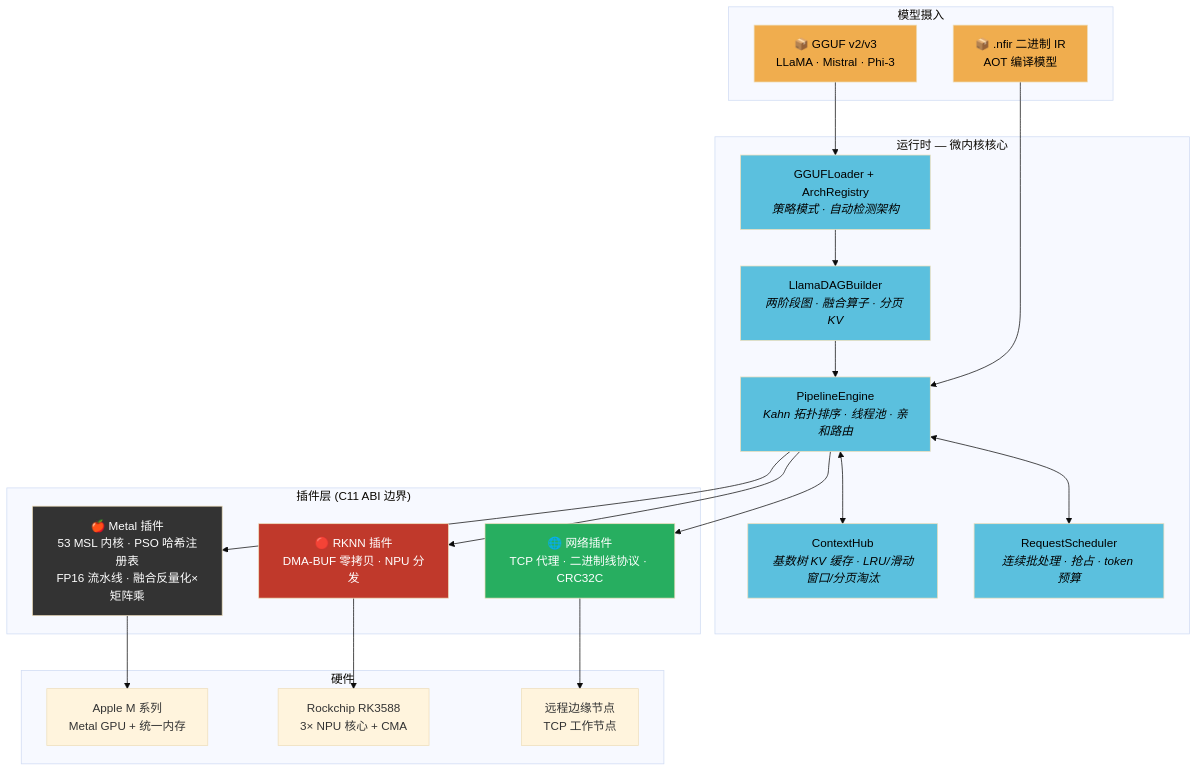
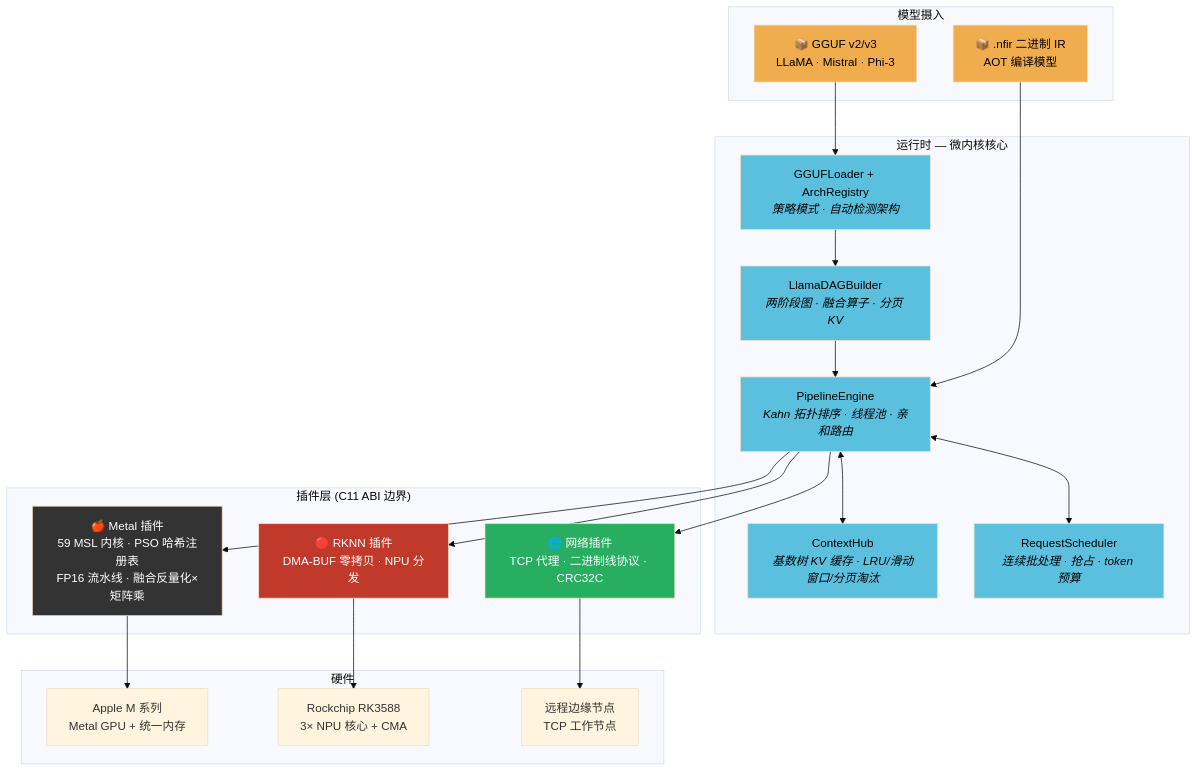
The diagram in README_CN.md (teslavia/neurofabric), drawn with Mermaid (base theme) before and after one commit. The commit also changed other lines of this file and 184 other files, not shown here.

````diff
--- a/README_CN.md
+++ b/README_CN.md
@@ -89,50 +100,50 @@
 ```mermaid
 graph TB
     subgraph "模型摄入"
         GGUF["📦 GGUF v2/v3<br/>LLaMA · Mistral · Phi-3"]
         NFIR["📦 .nfir 二进制 IR<br/>AOT 编译模型"]
     end
 
     subgraph "运行时 — 微内核核心"
         LOADER["GGUFLoader + ArchRegistry<br/><i>策略模式 · 自动检测架构</i>"]
         DAG["LlamaDAGBuilder<br/><i>两阶段图 · 融合算子 · 分页 KV</i>"]
         PE["PipelineEngine<br/><i>Kahn 拓扑排序 · 线程池 · 亲和路由</i>"]
         CH["ContextHub<br/><i>基数树 KV 缓存 · LRU/滑动窗口/分页淘汰</i>"]
         SCHED["RequestScheduler<br/><i>连续批处理 · 抢占 · token 预算</i>"]
         GGUF --> LOADER --> DAG --> PE
         NFIR --> PE
         PE <--> CH
         PE <--> SCHED
     end
 
     subgraph "插件层 (C11 ABI 边界)"
-        MTL["🍎 Metal 插件<br/>53 MSL 内核 · PSO 哈希注册表<br/>FP16 流水线 · 融合反量化×矩阵乘"]
+        MTL["🍎 Metal 插件<br/>59 MSL 内核 · PSO 哈希注册表<br/>FP16 流水线 · 融合反量化×矩阵乘"]
         RKNN["🔴 RKNN 插件<br/>DMA-BUF 零拷贝 · NPU 分发"]
         NET["🌐 网络插件<br/>TCP 代理 · 二进制线协议 · CRC32C"]
     end
 
     PE --> MTL
     PE --> RKNN
     PE --> NET
 
     subgraph "硬件"
         M4["Apple M 系列<br/>Metal GPU + 统一内存"]
         RK["Rockchip RK3588<br/>3× NPU 核心 + CMA"]
         EDGE["远程边缘节点<br/>TCP 工作节点"]
     end
 
     MTL --> M4
     RKNN --> RK
     NET --> EDGE
 
     style GGUF fill:#f0ad4e,color:#000
     style NFIR fill:#f0ad4e,color:#000
     style LOADER fill:#5bc0de,color:#000
     style DAG fill:#5bc0de,color:#000
     style PE fill:#5bc0de,color:#000
     style CH fill:#5bc0de,color:#000
     style SCHED fill:#5bc0de,color:#000
     style MTL fill:#333,color:#fff
     style RKNN fill:#c0392b,color:#fff
     style NET fill:#27ae60,color:#fff
 ```
````
